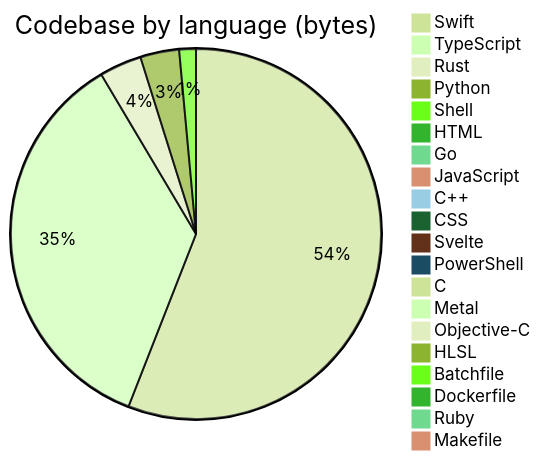
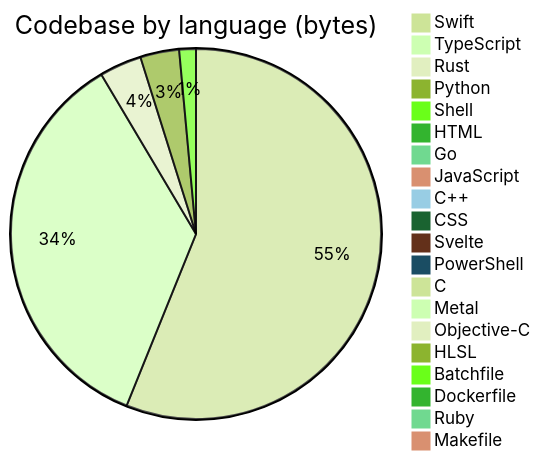
The diagram in profile/README.md (Open330/.github), drawn with Mermaid (forest theme) before and after one commit. The commit also changed other lines of this file, not shown here.

````diff
--- a/profile/README.md
+++ b/profile/README.md
@@ -135,23 +136,23 @@
 ```mermaid
 pie title Codebase by language (bytes)
-    "Swift" : 58651704
-    "TypeScript" : 37258706
-    "Rust" : 3863562
-    "Python" : 3553136
-    "Shell" : 1527801
-    "HTML" : 863200
+    "Swift" : 59082774
+    "TypeScript" : 37230365
+    "Rust" : 3876061
+    "Python" : 3568931
+    "Shell" : 1533491
+    "HTML" : 849749
     "Go" : 572897
-    "JavaScript" : 485664
+    "JavaScript" : 489916
     "C++" : 388775
-    "CSS" : 237019
+    "CSS" : 237107
     "Svelte" : 143451
     "PowerShell" : 129999
     "C" : 121359
     "Metal" : 33033
     "Objective-C" : 11658
     "HLSL" : 7527
     "Batchfile" : 5870
     "Dockerfile" : 4893
     "Ruby" : 3430
     "Makefile" : 1150
 ```
````
